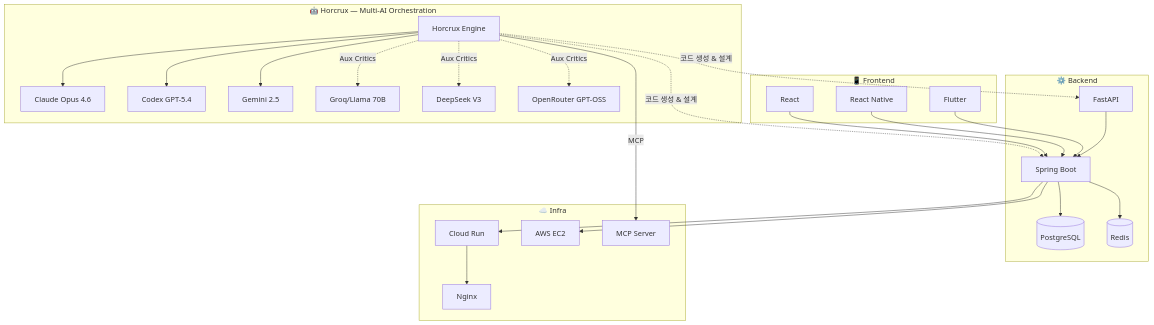
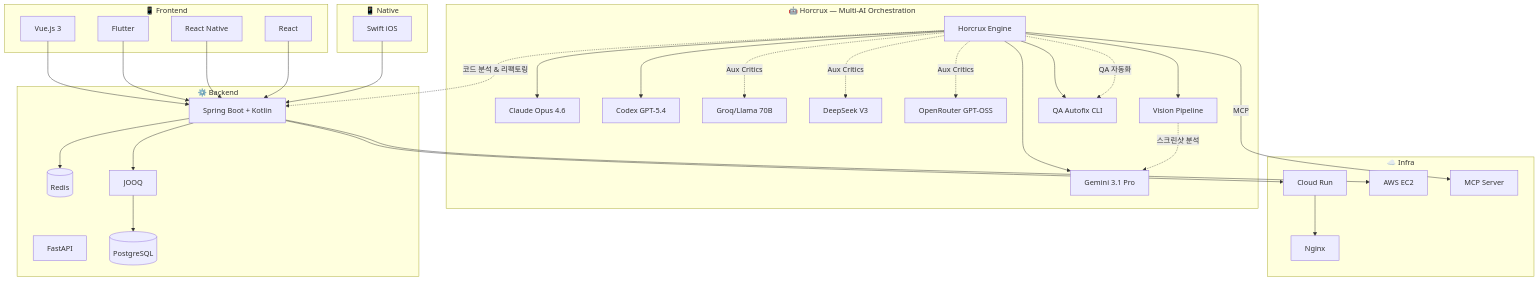
Before and after one commit to dwonc/dwonc: the diagram in README.md, drawn with Mermaid. The commit also changed other lines of this file, not shown here.

First line of the commit message:
update: Jump 입사 반영 + Horcrux Fast v2/Vision/QA + Tech Stack 확장

````diff
--- a/README.md
+++ b/README.md
@@ -404,51 +464,64 @@
 ```mermaid
 graph TB
     subgraph "🤖 Horcrux — Multi-AI Orchestration"
         HX[Horcrux Engine]
         Claude[Claude Opus 4.6]
         Codex[Codex GPT-5.4]
-        Gemini[Gemini 2.5]
+        Gemini[Gemini 3.1 Pro]
         Groq[Groq/Llama 70B]
         DS[DeepSeek V3]
         OR[OpenRouter GPT-OSS]
+        VIS[Vision Pipeline]
+        QA[QA Autofix CLI]
         HX --> Claude
         HX --> Codex
         HX --> Gemini
         HX -.->|Aux Critics| Groq
         HX -.->|Aux Critics| DS
         HX -.->|Aux Critics| OR
+        HX --> VIS
+        HX --> QA
     end
 
     subgraph "📱 Frontend"
+        VUE[Vue.js 3]
         FL[Flutter]
         RN[React Native]
         RE[React]
     end
 
     subgraph "⚙️ Backend"
-        SB[Spring Boot]
+        SB[Spring Boot + Kotlin]
         FA[FastAPI]
         DB[(PostgreSQL)]
         RD[(Redis)]
-        FA --> SB
-        SB --> DB
+        JQ[JOOQ]
+        SB --> JQ
+        JQ --> DB
         SB --> RD
+    end
+
+    subgraph "📱 Native"
+        SW[Swift iOS]
     end
 
     subgraph "☁️ Infra"
         CR[Cloud Run]
         AW[AWS EC2]
         NX[Nginx]
         MCP[MCP Server]
     end
 
+    VUE --> SB
     FL --> SB
     RN --> SB
     RE --> SB
+    SW --> SB
     SB --> CR
     SB --> AW
     CR --> NX
     HX -->|MCP| MCP
-    HX -.->|코드 생성 & 설계| SB
-    HX -.->|코드 생성 & 설계| FA
+    HX -.->|코드 분석 & 리팩토링| SB
+    HX -.->|QA 자동화| QA
+    VIS -.->|스크린샷 분석| Gemini
 ```
````
